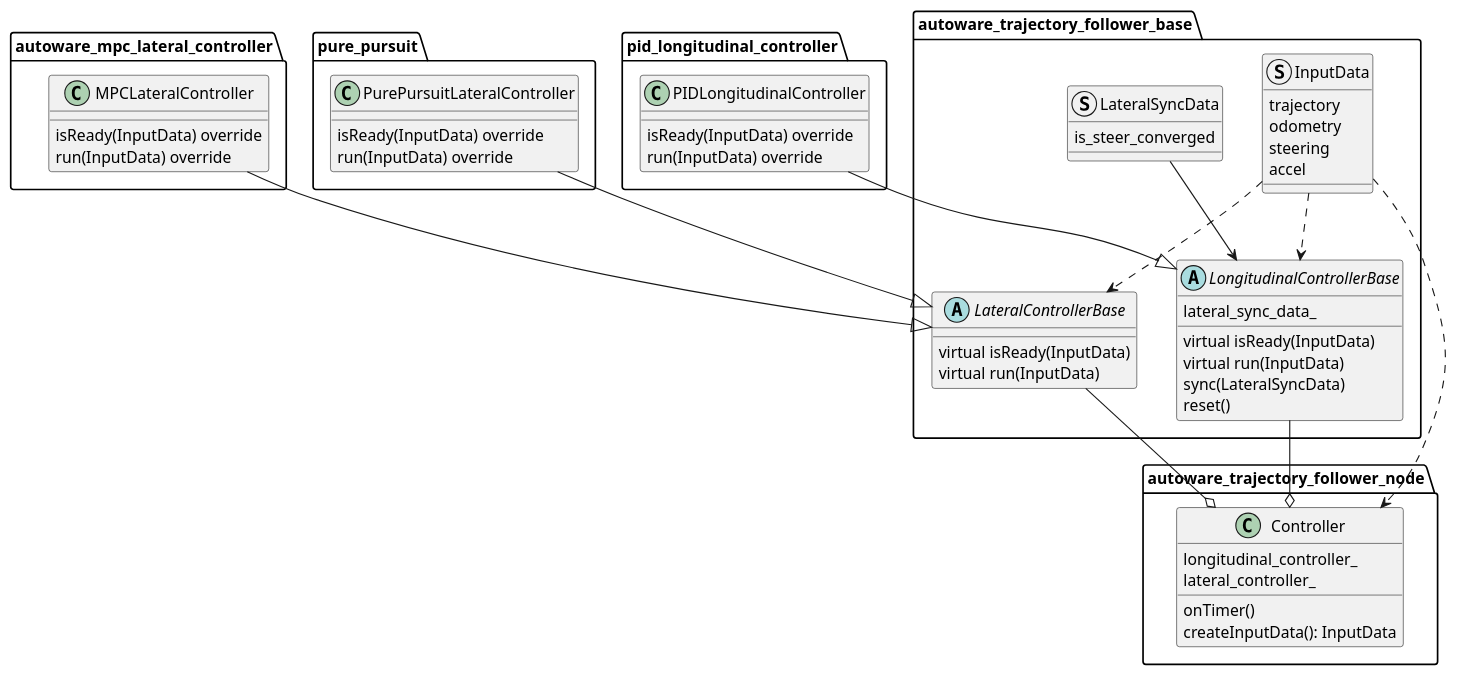
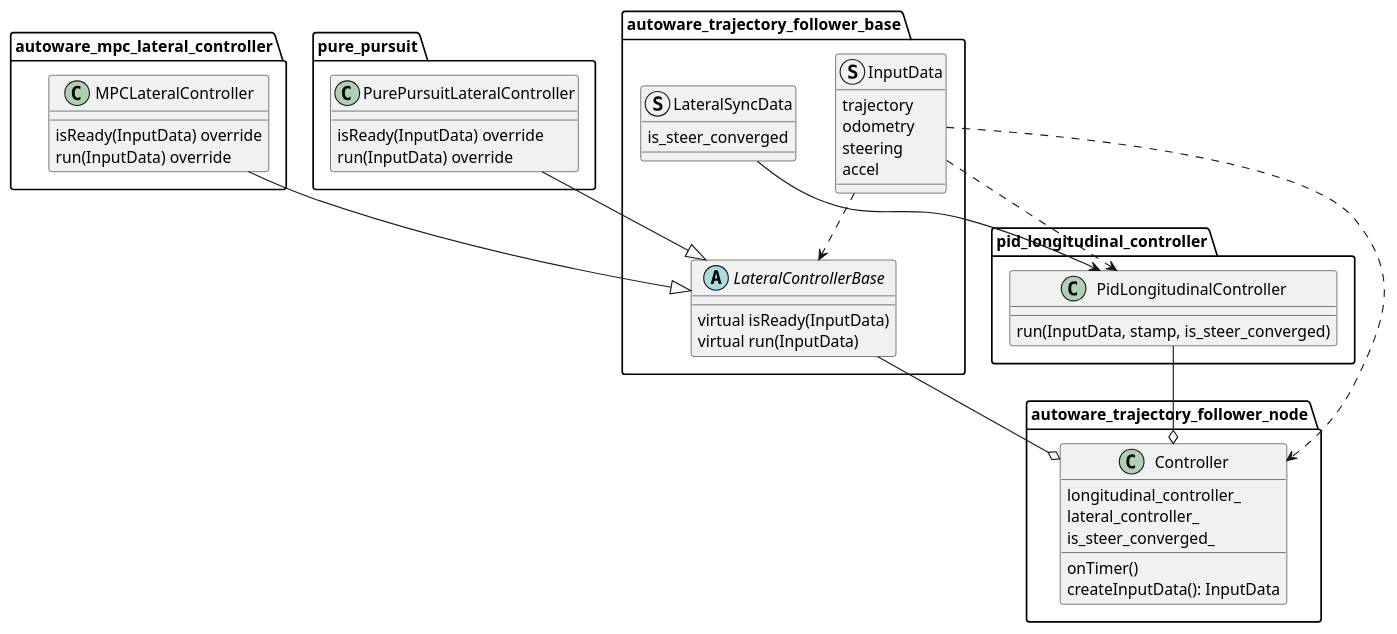
One commit to interimadd/autoware_universe changed the diagram in control/autoware_trajectory_follower_node/README.md. Above: the diagram before and after it, drawn with PlantUML. The commit also changed other lines of this file and 4 other files, not shown here.

First line of the commit message:
refactor(autoware_trajectory_follower_node): call PidLongitudinalController directly

````diff
--- a/control/autoware_trajectory_follower_node/README.md
+++ b/control/autoware_trajectory_follower_node/README.md
@@ -13,69 +13,59 @@
 ```plantuml
 @startuml
 package autoware_trajectory_follower_base {
 abstract class LateralControllerBase {
 virtual isReady(InputData)
 virtual run(InputData)
-}
-abstract class LongitudinalControllerBase {
-lateral_sync_data_
-
-    virtual isReady(InputData)
-    virtual run(InputData)
-    sync(LateralSyncData)
-    reset()
-
 }
 
 struct InputData {
 trajectory
 odometry
 steering
 accel
 }
 struct LateralSyncData {
 is_steer_converged
 }
 }
 
 package autoware_mpc_lateral_controller {
 class MPCLateralController {
 isReady(InputData) override
 run(InputData) override
 }
 }
 package pure_pursuit {
 class PurePursuitLateralController {
 isReady(InputData) override
 run(InputData) override
 }
 }
 package pid_longitudinal_controller {
-class PIDLongitudinalController {
-isReady(InputData) override
-run(InputData) override
+class PidLongitudinalController {
+run(InputData, stamp, is_steer_converged)
 }
 }
 
 package autoware_trajectory_follower_node {
 class Controller {
 longitudinal_controller_
 lateral_controller_
+is_steer_converged_
 onTimer()
 createInputData(): InputData
 }
 }
 
 MPCLateralController --|> LateralControllerBase
 PurePursuitLateralController --|> LateralControllerBase
-PIDLongitudinalController --|> LongitudinalControllerBase
 
-LateralSyncData --> LongitudinalControllerBase
+LateralSyncData --> PidLongitudinalController
 InputData ..> LateralControllerBase
-InputData ..> LongitudinalControllerBase
+InputData ..> PidLongitudinalController
 
 LateralControllerBase --o Controller
-LongitudinalControllerBase --o Controller
+PidLongitudinalController --o Controller
 InputData ..> Controller
 @enduml
 ```
````
